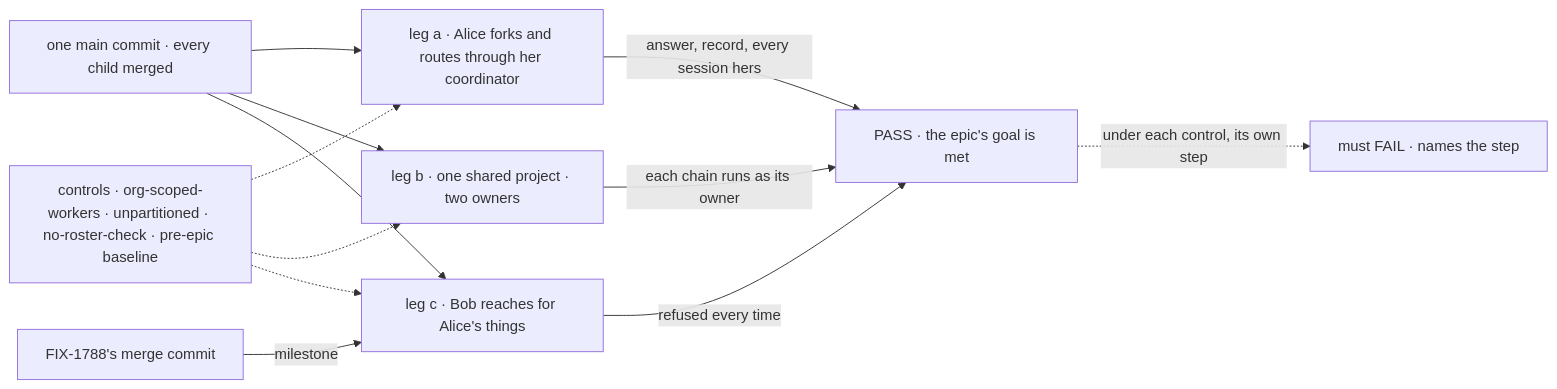
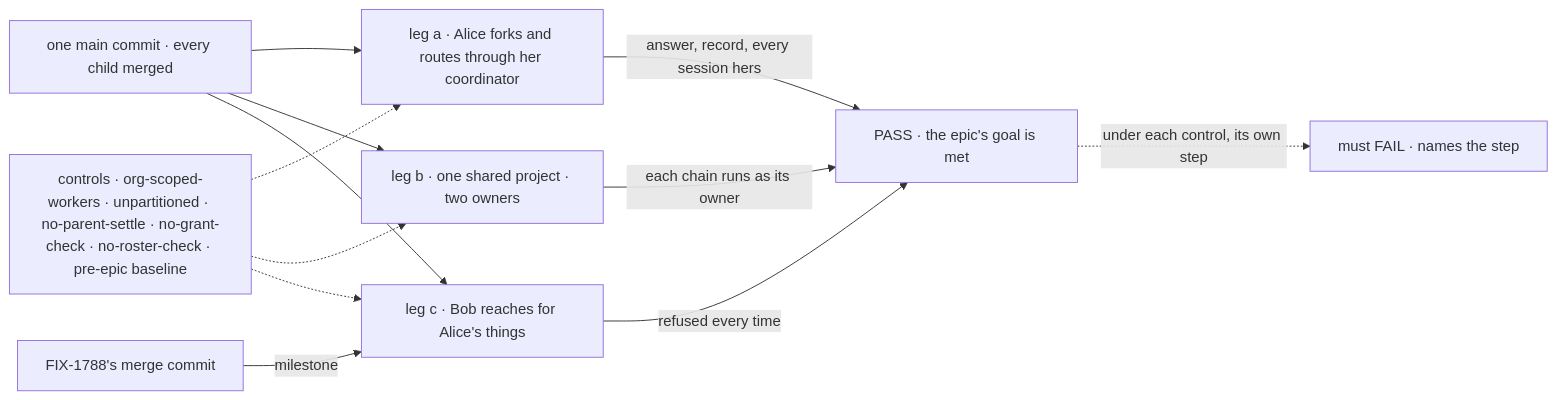
Before and after one commit to fixpoint-labs/flow-state-dev: the diagram in specs/issues/FIX-1797/SPEC.md, drawn with Mermaid. The commit also changed other lines of this file and 4 other files, not shown here.

````diff
--- a/specs/issues/FIX-1797/SPEC.md
+++ b/specs/issues/FIX-1797/SPEC.md
@@ -32,14 +33,14 @@
 ```mermaid
 flowchart LR
   M["one main commit · every child merged"] --> A["leg a · Alice forks and routes through her coordinator"]
   M --> B["leg b · one shared project · two owners"]
   M --> C["leg c · Bob reaches for Alice's things"]
   E["FIX-1788's merge commit"] -->|"milestone"| C
   A -->|"answer, record, every session hers"| P["PASS · the epic's goal is met"]
   B -->|"each chain runs as its owner"| P
   C -->|"refused every time"| P
-  X["controls · org-scoped-workers · unpartitioned · no-roster-check · pre-epic baseline"] -.-> A
+  X["controls · org-scoped-workers · unpartitioned · no-parent-settle · no-grant-check · no-roster-check · pre-epic baseline"] -.-> A
   X -.-> B
   X -.-> C
   P -.->|"under each control, its own step"| F["must FAIL · names the step"]
 ```
````
